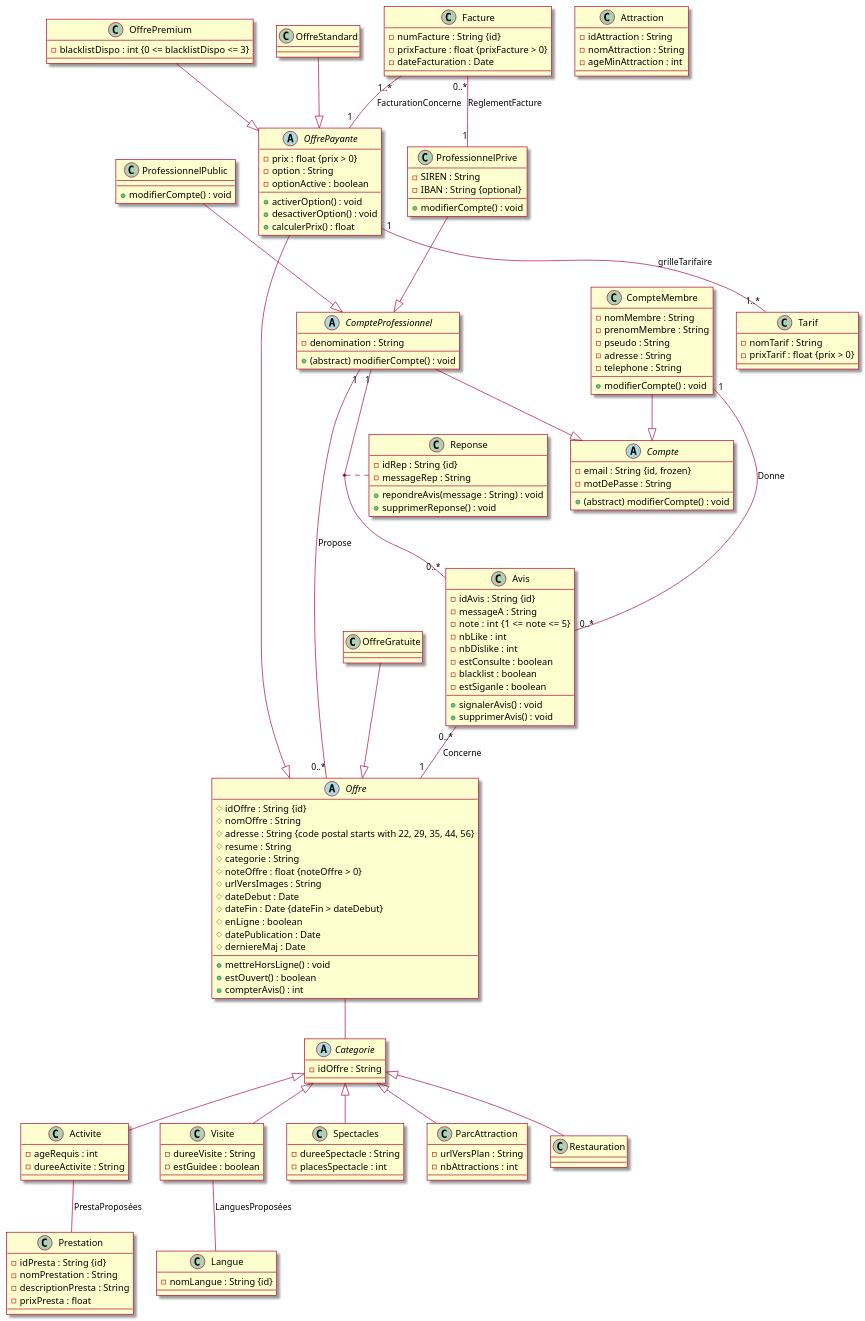
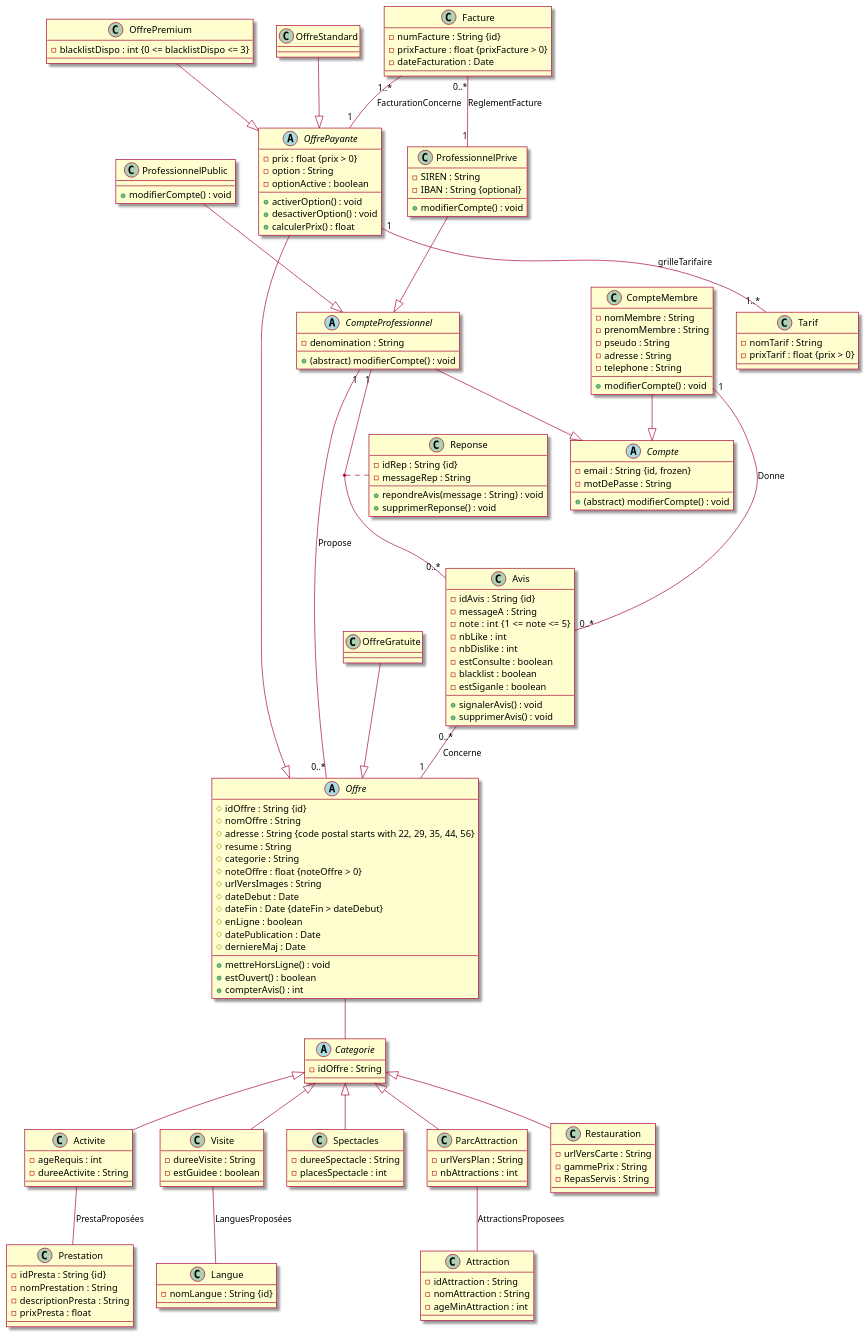
The diagram in bdd/uml.puml (ArianeGL/c1.2-srfc), drawn with PlantUML before and after one commit.

Commit message:
finished categories without constraints

```diff
--- a/bdd/uml.puml
+++ b/bdd/uml.puml
@@ -1,181 +1,187 @@
 @startuml
 
 skin rose
 
 abstract class Compte {
   - email : String {id, frozen}
   - motDePasse : String
   +(abstract) modifierCompte() : void
 }
 
 class CompteMembre {
   - nomMembre : String
   - prenomMembre : String
   - pseudo : String
   - adresse : String
   - telephone : String
   + modifierCompte() : void
 }
 
 
 abstract class CompteProfessionnel {
   - denomination : String
   + (abstract) modifierCompte() : void
 }
 
 class ProfessionnelPrive {
   - SIREN : String
   - IBAN : String {optional}
   + modifierCompte() : void
 }
 
 class ProfessionnelPublic {
   + modifierCompte() : void
 }
 
 ProfessionnelPublic --|> CompteProfessionnel
 ProfessionnelPrive --|> CompteProfessionnel
 
 CompteMembre --|> Compte
 CompteProfessionnel --|> Compte
 
 abstract class Offre {
   # idOffre : String {id}
   # nomOffre : String
   # adresse : String {code postal starts with 22, 29, 35, 44, 56}
   # resume : String
   # categorie : String
   # noteOffre : float {noteOffre > 0}
   # urlVersImages : String
   # dateDebut : Date
   # dateFin : Date {dateFin > dateDebut}
   # enLigne : boolean
   # datePublication : Date
   # derniereMaj : Date
   + mettreHorsLigne() : void
   + estOuvert() : boolean
   + compterAvis() : int
 }
 
 abstract class Categorie {
   - idOffre : String
 }
 
 class Activite{
   - ageRequis : int
   - dureeActivite : String
 }
 
 class Prestation {
   - idPresta : String {id}
   - nomPrestation : String
   - descriptionPresta : String
   - prixPresta : float
 }
 
 Activite -- Prestation : PrestaProposées
 
 class Visite {
   - dureeVisite : String
   - estGuidee : boolean
 }
 
 class Langue {
   - nomLangue : String {id}
 }
 
 Visite -- Langue : LanguesProposées
 
 class Spectacles {
   - dureeSpectacle : String
   - placesSpectacle : int
   
 }
 
 class ParcAttraction {
   - urlVersPlan : String
   - nbAttractions : int
 }
 
 class Attraction {
   - idAttraction : String
   - nomAttraction : String
   - ageMinAttraction : int
 }
 
-class Restauration
+ParcAttraction -- Attraction : AttractionsProposees
+
+class Restauration {
+  - urlVersCarte : String
+  - gammePrix : String
+  - RepasServis : String
+}
 
 Categorie <|-- Activite
 Categorie <|-- Visite
 Categorie <|-- Spectacles
 Categorie <|-- ParcAttraction
 Categorie <|-- Restauration
 
 Offre -- Categorie
 
 abstract class OffrePayante {
   - prix : float {prix > 0}
   - option : String
   - optionActive : boolean
   + activerOption() : void
   + desactiverOption() : void
   + calculerPrix() : float
 }
 
 class Tarif {
   - nomTarif : String
   - prixTarif : float {prix > 0}
 }
 
 OffrePayante "1" -- "1..*" Tarif : grilleTarifaire
 
 class OffreGratuite
 
 class OffrePremium {
   - blacklistDispo : int {0 <= blacklistDispo <= 3}
 }
 
 class OffreStandard
 OffrePayante --|> Offre
 OffreStandard --|> OffrePayante
 OffrePremium --|> OffrePayante
 OffreGratuite --|> Offre
 
 
 class Avis {
   - idAvis : String {id}
   - messageA : String
   - note : int {1  <= note <= 5}
   - nbLike : int
   - nbDislike : int
   - estConsulte : boolean
   - blacklist : boolean
   - estSiganle : boolean
   + signalerAvis() : void
   + supprimerAvis() : void
 }
 
 class Reponse {
   - idRep : String {id}
   - messageRep : String
   + repondreAvis(message : String) : void
   + supprimerReponse() : void
 }
 
 CompteProfessionnel "1" -- "0..*" Offre : Propose
 CompteMembre "1" -- "0..*" Avis : Donne
 Avis "0..*" -- "1" Offre : Concerne
 
 CompteProfessionnel "1" -- "0..*" Avis
 (CompteProfessionnel, Avis) .. Reponse
 
 class Facture {
   - numFacture : String {id}
   - prixFacture : float {prixFacture > 0}
   - dateFacturation : Date
 }
 
 Facture "1..*" -- "1" OffrePayante: FacturationConcerne
 Facture "0..*" -- "1" ProfessionnelPrive : ReglementFacture
 
 @enduml
```
